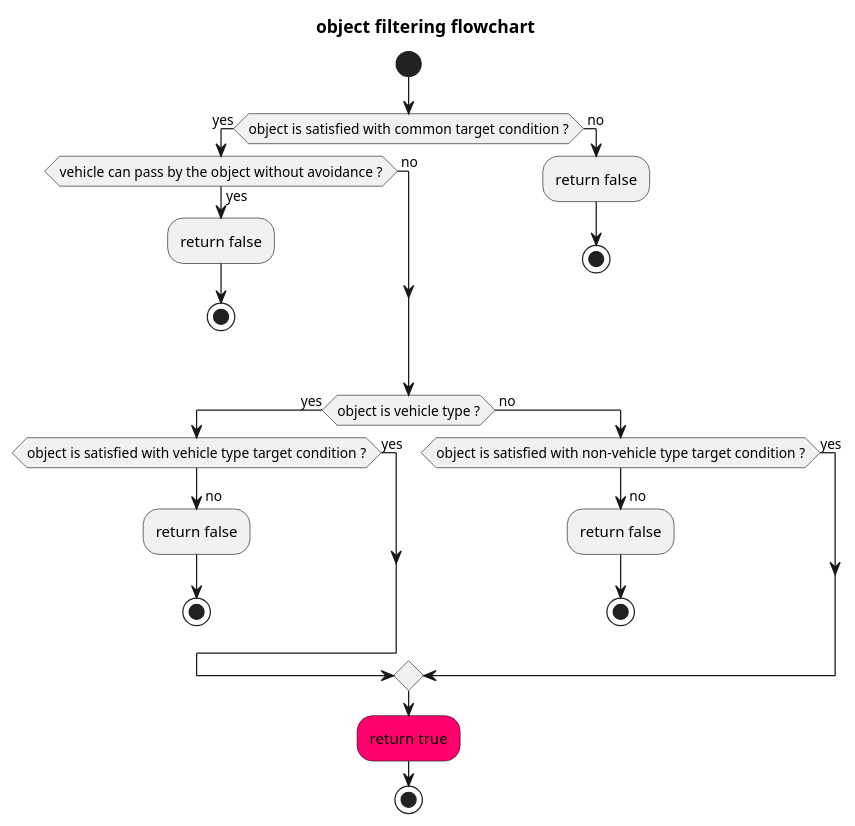
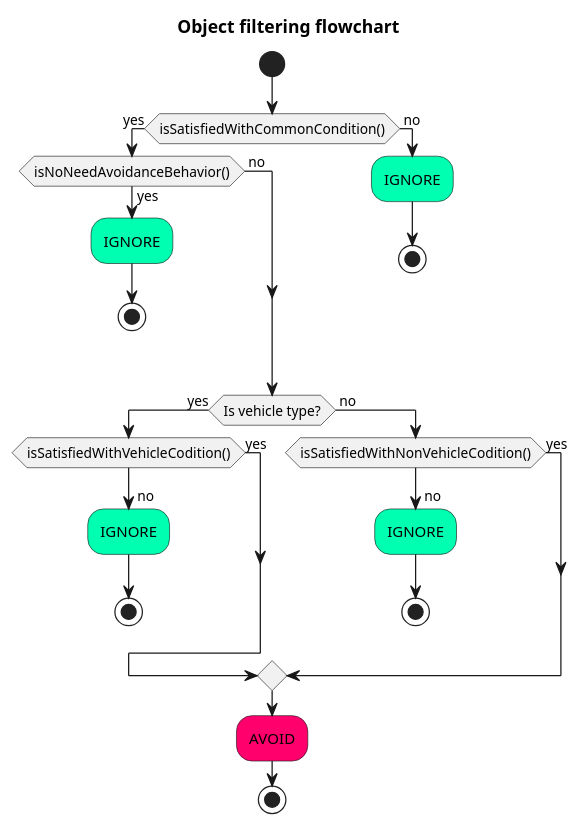
One commit to autowarefoundation/autoware changed the third of 9 diagrams in planning/autoware_behavior_path_static_obstacle_avoidance_module/README.md. Above: the diagram before and after it, drawn with PlantUML. The commit also changed other lines of this file and 58 other files, not shown here.

````diff
--- a/planning/autoware_behavior_path_static_obstacle_avoidance_module/README.md
+++ b/planning/autoware_behavior_path_static_obstacle_avoidance_module/README.md
@@ -214,37 +386,35 @@
 ```plantuml
 @startuml
 skinparam defaultTextAlignment center
 skinparam noteTextAlignment left
 
-title object filtering flowchart
+title Object filtering flowchart
 start
 
-if(object is satisfied with common target condition ?) then (yes)
-if(vehicle can pass by the object without avoidance ?) then (yes)
-:return false;
+if(isSatisfiedWithCommonCondition()) then (yes)
+if(isNoNeedAvoidanceBehavior()) then (yes)
+#00FFB1 :IGNORE;
 stop
 else (\n no)
 endif
 else (\n no)
-:return false;
+#00FFB1 :IGNORE;
 stop
 endif
-
-if(object is vehicle type ?) then (yes)
-if(object is satisfied with vehicle type target condition ?) then (yes)
+if(Is vehicle type?) then (yes)
+if(isSatisfiedWithVehicleCodition()) then (yes)
 else (\n no)
-:return false;
+#00FFB1 :IGNORE;
 stop
 endif
 else (\n no)
-if(object is satisfied with non-vehicle type target condition ?) then (yes)
+if(isSatisfiedWithNonVehicleCodition()) then (yes)
 else (\n no)
-:return false;
+#00FFB1 :IGNORE;
 stop
 endif
 endif
-
-#FF006C :return true;
+#FF006C :AVOID;
 stop
 @enduml
 ```
````
